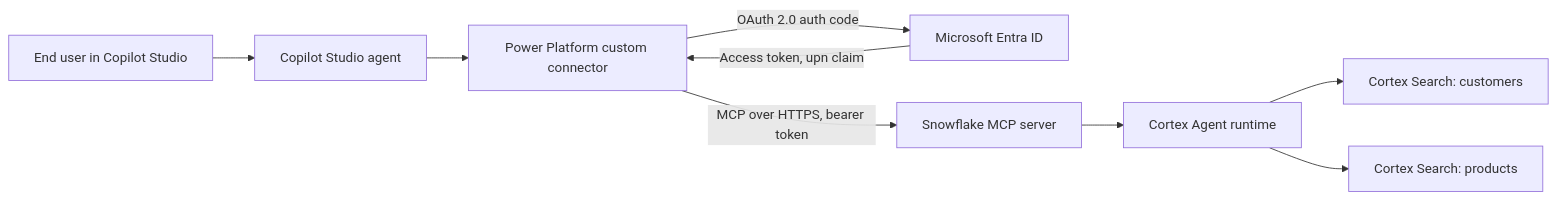
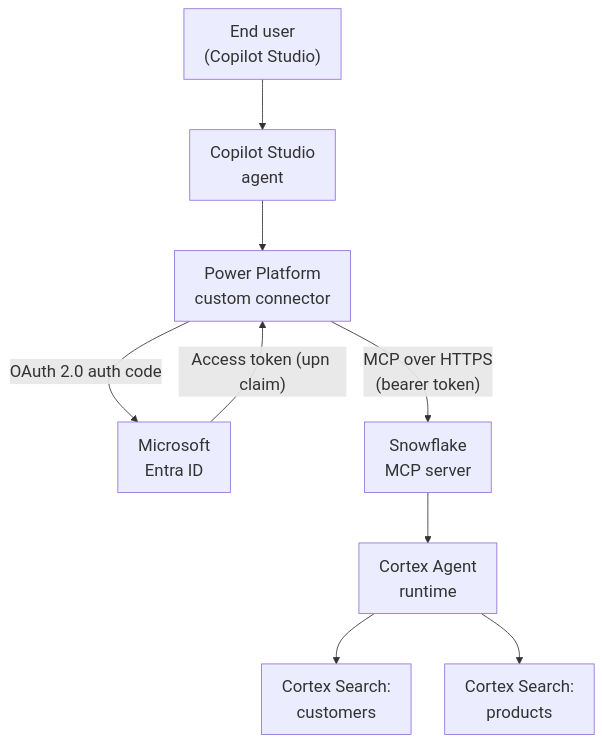
The diagram in _posts/2026-05-13-snowflake-mcp-copilot-studio.md (microsoft/mcscatblog), drawn with Mermaid before and after one commit. The commit also changed other lines of this file, not shown here.

````diff
--- a/_posts/2026-05-13-snowflake-mcp-copilot-studio.md
+++ b/_posts/2026-05-13-snowflake-mcp-copilot-studio.md
@@ -23,11 +23,12 @@
 ```mermaid
-flowchart LR
-    U[End user in Copilot Studio] --> A[Copilot Studio agent]
-    A --> C[Power Platform custom connector]
-    C -->|OAuth 2.0 auth code| E[Microsoft Entra ID]
-    E -->|Access token, upn claim| C
-    C -->|MCP over HTTPS, bearer token| S[Snowflake MCP server]
-    S --> CX[Cortex Agent runtime]
-    CX --> T1[Cortex Search: customers]
-    CX --> T2[Cortex Search: products]
+%%{init: {'theme':'default', 'themeVariables': {'fontSize': '20px', 'fontFamily': 'Segoe UI, Helvetica, Arial, sans-serif'}, 'flowchart': {'nodeSpacing': 40, 'rankSpacing': 60, 'padding': 12}}}%%
+flowchart TB
+    U["End user<br/>(Copilot Studio)"] --> A["Copilot Studio<br/>agent"]
+    A --> C["Power Platform<br/>custom connector"]
+    C -- "OAuth 2.0 auth code" --> E["Microsoft<br/>Entra ID"]
+    E -- "Access token (upn claim)" --> C
+    C -- "MCP over HTTPS<br/>(bearer token)" --> S["Snowflake<br/>MCP server"]
+    S --> CX["Cortex Agent<br/>runtime"]
+    CX --> T1["Cortex Search:<br/>customers"]
+    CX --> T2["Cortex Search:<br/>products"]
 ```
````
